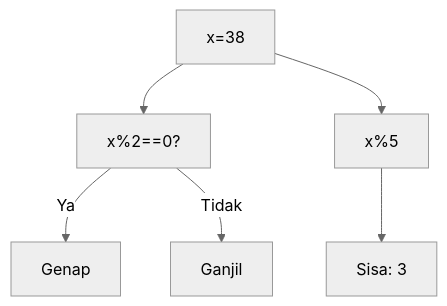
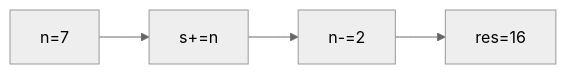
The sixth of 25 diagrams in part-c-pemahaman-cpp/03-perulangan/latihan/set-02.md (amnahwaida/OSNK_INF_PREP), drawn with Mermaid (neutral theme) before and after one commit. The commit also changed other lines of this file and 71 other files, not shown here.

````diff
--- a/part-c-pemahaman-cpp/03-perulangan/latihan/set-02.md
+++ b/part-c-pemahaman-cpp/03-perulangan/latihan/set-02.md
@@ -176,8 +156,6 @@
 ```mermaid
-graph TD
-A["x=38"] --> B["x%2==0?"]
-B -- Ya --> C["Genap"]
-B -- Tidak --> D["Ganjil"]
-A --> E["x%5"]
-E --> F["Sisa: 3"]
+graph LR
+A["n=7"] --> B["s+=n"]
+B --> C["n-=2"]
+C --> D["res=16"]
 ```
````
